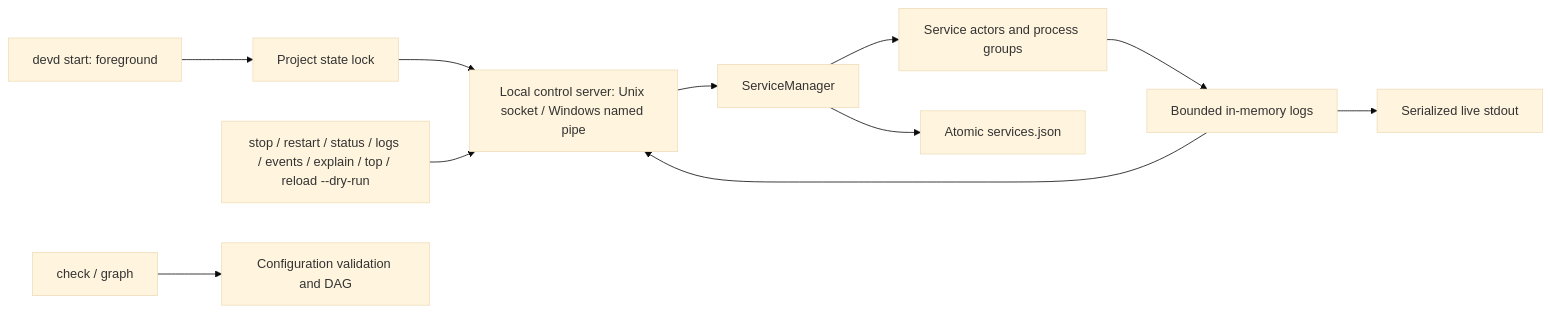
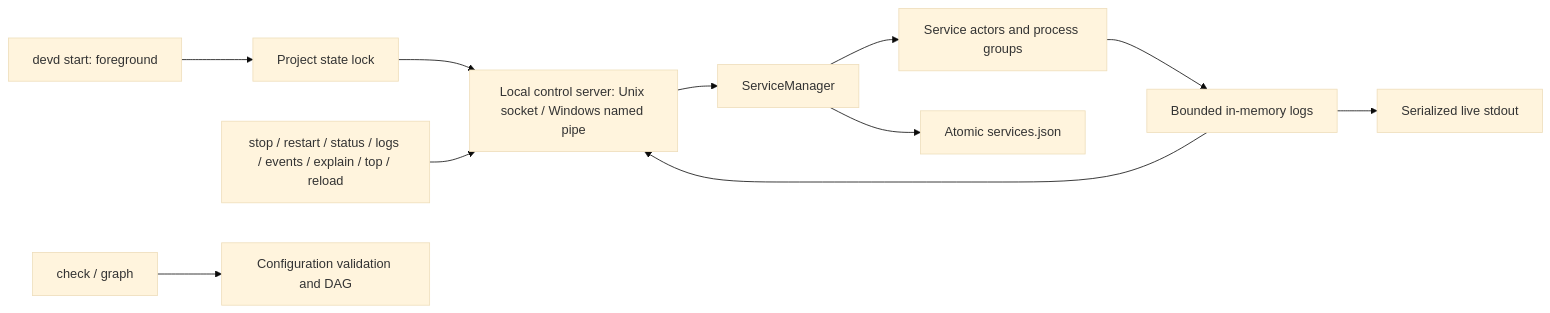
One commit to Ceng-0324/Devd changed the first of 2 diagrams in ARCHITECTURE.md. Above: the diagram before and after it, drawn with Mermaid (base theme). The commit also changed other lines of this file and 17 other files, not shown here.

````diff
--- a/ARCHITECTURE.md
+++ b/ARCHITECTURE.md
@@ -11,13 +11,13 @@
 ```mermaid
 flowchart LR
     start[devd start: foreground] --> lock[Project state lock]
     lock --> server[Local control server: Unix socket / Windows named pipe]
     server --> manager[ServiceManager]
-    clients[stop / restart / status / logs / events / explain / top / reload --dry-run] --> server
+    clients[stop / restart / status / logs / events / explain / top / reload] --> server
     manager --> actors[Service actors and process groups]
     actors --> logs[Bounded in-memory logs]
     logs --> terminal[Serialized live stdout]
     logs --> server
     manager --> state[Atomic services.json]
     check[check / graph] --> config[Configuration validation and DAG]
 ```
````
